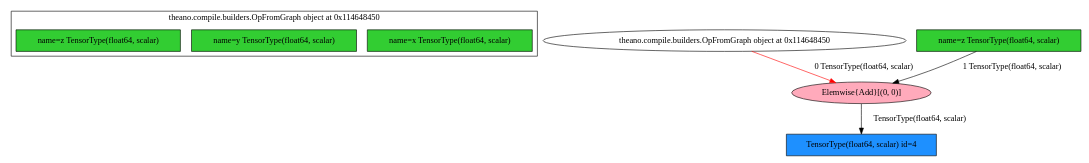
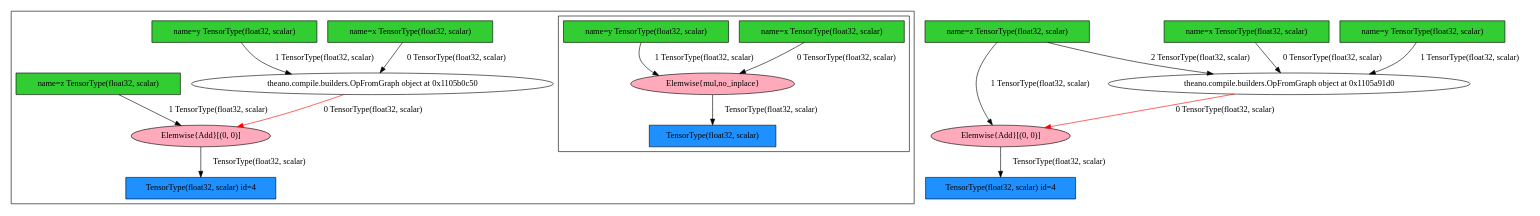
Before and after one commit to Theano/Theano: the diagram in doc/d3printing/GSoC/150724_opfrom/example2/index.dot, drawn with Graphviz. The commit also changed 19 other files, not shown here.

Commit message:
Improve OpFromGraph nodes and mapping inputs/outputs

```diff
--- a/doc/d3printing/GSoC/150724_opfrom/example2/index.dot
+++ b/doc/d3printing/GSoC/150724_opfrom/example2/index.dot
@@ -1,70 +1,171 @@
 digraph G {
-	graph [bb="0,0,1450,251"];
+	graph [bb="0,0,1998,340"];
 	node [label="\N"];
-	subgraph cluster__1 {
-		graph [bb="8,168,723,243",
-			label="theano.compile.builders.OpFromGraph object at 0x114648450",
-			lheight=0.21,
-			lp="365.5,231.5",
-			lwidth=4.90
-		];
-		_2		 [fillcolor=limegreen,
+	subgraph cluster_n1 {
+		graph [bb="773,8,1990,332"];
+		subgraph cluster_n11 {
+			graph [bb="1505,96,1982,324"];
+			n111			 [fillcolor="#FFAABB",
+				height=0.5,
+				label="Elemwise{mul,no_inplace}",
+				pos="1717,210",
+				shape=ellipse,
+				style=filled,
+				type=colored,
+				width=3.0943];
+			n114			 [fillcolor=dodgerblue,
+				height=0.5,
+				label="TensorType(float32, scalar)",
+				pos="1717,122",
+				shape=box,
+				style=filled,
+				width=2.3889];
+			n111 -> n114			 [label="TensorType(float32, scalar)",
+				lp="1795,166",
+				pos="e,1717,140.08 1717,191.6 1717,179.75 1717,163.82 1717,150.29"];
+			n112			 [fillcolor=limegreen,
+				height=0.5,
+				label="name=x TensorType(float32, scalar)",
+				pos="1863,298",
+				shape=box,
+				style=filled,
+				width=3.0625];
+			n112 -> n111			 [label="0 TensorType(float32, scalar)",
+				lp="1892.5,254",
+				pos="e,1750.2,227.23 1838.1,279.79 1823,269.57 1803.2,256.58 1785,246 1776.8,241.24 1767.9,236.42 1759.4,231.94"];
+			n113			 [fillcolor=limegreen,
+				height=0.5,
+				label="name=y TensorType(float32, scalar)",
+				pos="1624,298",
+				shape=box,
+				style=filled,
+				width=3.0625];
+			n113 -> n111			 [label="1 TensorType(float32, scalar)",
+				lp="1701.5,254",
+				pos="e,1645.8,223.99 1616.5,279.94 1613.1,269.27 1611.1,255.75 1618,246 1623,238.94 1629.5,233.29 1636.9,228.78"];
+		}
+		n11		 [height=0.5,
+			label="theano.compile.builders.OpFromGraph object at 0x1105b0c50",
+			pos="1258,210",
+			shape=ellipse,
+			subg=cluster_n11,
+			subg_map_inputs="[['n12', 'n112'], ['n13', 'n113']]",
+			subg_map_outputs="[['n114', 'n15']]",
+			width=6.6414];
+		n15		 [fillcolor="#FFAABB",
 			height=0.5,
-			label="name=x TensorType(float64, scalar)",
-			pos="604,194",
+			label="Elemwise{Add}[(0, 0)]",
+			pos="1030,122",
+			shape=ellipse,
+			style=filled,
+			type=colored,
+			width=2.6784];
+		n11 -> n15		 [color=red,
+			label="0 TensorType(float32, scalar)",
+			lp="1266.5,166",
+			pos="e,1081.2,137.27 1223.3,192.13 1200.9,181.61 1171.1,168.18 1144,158 1127.1,151.64 1108.4,145.55 1091.2,140.28"];
+		n12		 [fillcolor=limegreen,
+			height=0.5,
+			label="name=x TensorType(float32, scalar)",
+			pos="1307,298",
 			shape=box,
 			style=filled,
 			width=3.0625];
-		_3		 [fillcolor=limegreen,
+		n12 -> n11		 [label="0 TensorType(float32, scalar)",
+			lp="1370.5,254",
+			pos="e,1267.7,228.08 1297.1,279.6 1290.1,267.39 1280.7,250.87 1272.9,237.09"];
+		n13		 [fillcolor=limegreen,
 			height=0.5,
-			label="name=y TensorType(float64, scalar)",
-			pos="365,194",
+			label="name=y TensorType(float32, scalar)",
+			pos="1068,298",
 			shape=box,
 			style=filled,
 			width=3.0625];
-		_4		 [fillcolor=limegreen,
+		n13 -> n11		 [label="1 TensorType(float32, scalar)",
+			lp="1191.5,254",
+			pos="e,1151.9,226.21 1077.3,279.8 1084.3,268.51 1094.9,254.35 1108,246 1118.5,239.31 1130.1,233.89 1142.2,229.51"];
+		n17		 [fillcolor=dodgerblue,
 			height=0.5,
-			label="name=z TensorType(float64, scalar)",
-			pos="126,194",
+			label="TensorType(float32, scalar) id=4",
+			pos="1030,34",
+			shape=box,
+			style=filled,
+			width=2.7847];
+		n15 -> n17		 [label="TensorType(float32, scalar)",
+			lp="1108,78",
+			pos="e,1030,52.084 1030,103.6 1030,91.746 1030,75.817 1030,62.292"];
+		n16		 [fillcolor=limegreen,
+			height=0.5,
+			label="name=z TensorType(float32, scalar)",
+			pos="891,210",
 			shape=box,
 			style=filled,
 			width=3.0556];
+		n16 -> n15		 [label="1 TensorType(float32, scalar)",
+			lp="1056.5,166",
+			pos="e,1003.2,139.58 918.79,191.8 940.57,178.33 971.02,159.49 994.55,144.93"];
 	}
-	_1	 [height=0.5,
-		label="theano.compile.builders.OpFromGraph object at 0x114648450",
-		pos="972,194",
+	n1	 [height=0.5,
+		label="theano.compile.builders.OpFromGraph object at 0x1105a91d0",
+		pos="524,210",
 		shape=ellipse,
-		width=6.6504];
-	_5	 [fillcolor="#FFAABB",
+		subg=cluster_n1,
+		subg_map_inputs="[['n2', 'n12'], ['n3', 'n13'], ['n4', 'n16']]",
+		subg_map_outputs="[['n17', 'n6']]",
+		width=6.6414];
+	n6	 [fillcolor="#FFAABB",
 		height=0.5,
 		label="Elemwise{Add}[(0, 0)]",
-		pos="1156,106",
+		pos="214,122",
 		shape=ellipse,
 		style=filled,
 		type=colored,
 		width=2.6784];
-	_1 -> _5	 [color=red,
-		label="0 TensorType(float64, scalar)",
-		lp="1164.5,150",
-		pos="e,1121.9,122.94 1008.4,176.01 1038.4,161.97 1081.1,142.02 1112.8,127.18"];
-	_7	 [fillcolor=dodgerblue,
+	n1 -> n6	 [color=red,
+		label="0 TensorType(float32, scalar)",
+		lp="480.5,166",
+		pos="e,265.49,137.28 464.6,192.52 410.31,177.46 330.36,155.28 275.44,140.04"];
+	n2	 [fillcolor=limegreen,
 		height=0.5,
-		label="TensorType(float64, scalar) id=4",
-		pos="1156,18",
+		label="name=x TensorType(float32, scalar)",
+		pos="354,298",
+		shape=box,
+		style=filled,
+		width=3.0625];
+	n2 -> n1	 [label="0 TensorType(float32, scalar)",
+		lp="465.5,254",
+		pos="e,418.96,226.25 359.32,279.9 363.67,268.65 370.95,254.49 382,246 390.32,239.61 399.64,234.37 409.44,230.08"];
+	n3	 [fillcolor=limegreen,
+		height=0.5,
+		label="name=y TensorType(float32, scalar)",
+		pos="593,298",
+		shape=box,
+		style=filled,
+		width=3.0625];
+	n3 -> n1	 [label="1 TensorType(float32, scalar)",
+		lp="648.5,254",
+		pos="e,537.71,228.08 579.04,279.6 568.96,267.04 555.22,249.91 543.98,235.91"];
+	n4	 [fillcolor=limegreen,
+		height=0.5,
+		label="name=z TensorType(float32, scalar)",
+		pos="110,298",
+		shape=box,
+		style=filled,
+		width=3.0556];
+	n4 -> n1	 [label="2 TensorType(float32, scalar)",
+		lp="281.5,254",
+		pos="e,355.01,222.75 133.36,279.81 150.39,268.22 174.5,253.68 198,246 226.06,236.82 284.9,229.34 344.97,223.68"];
+	n4 -> n6	 [label="1 TensorType(float32, scalar)",
+		lp="192.5,210",
+		pos="e,173.05,138.3 105.03,279.8 99.747,257.95 94.027,219.76 109,192 120.82,170.09 142.96,154.01 163.88,142.9"];
+	n7	 [fillcolor=dodgerblue,
+		height=0.5,
+		label="TensorType(float32, scalar) id=4",
+		pos="214,34",
 		shape=box,
 		style=filled,
 		width=2.7847];
-	_5 -> _7	 [label="TensorType(float64, scalar)",
-		lp="1234,62",
-		pos="e,1156,36.084 1156,87.597 1156,75.746 1156,59.817 1156,46.292"];
-	_6	 [fillcolor=limegreen,
-		height=0.5,
-		label="name=z TensorType(float64, scalar)",
-		pos="1340,194",
-		shape=box,
-		style=filled,
-		width=3.0556];
-	_6 -> _5	 [label="1 TensorType(float64, scalar)",
-		lp="1364.5,150",
-		pos="e,1202.1,121.95 1313.3,175.88 1296.2,165.33 1273.3,151.95 1252,142 1239.2,136.01 1225.1,130.36 1211.7,125.42"];
+	n6 -> n7	 [label="TensorType(float32, scalar)",
+		lp="292,78",
+		pos="e,214,52.084 214,103.6 214,91.746 214,75.817 214,62.292"];
 }
```
